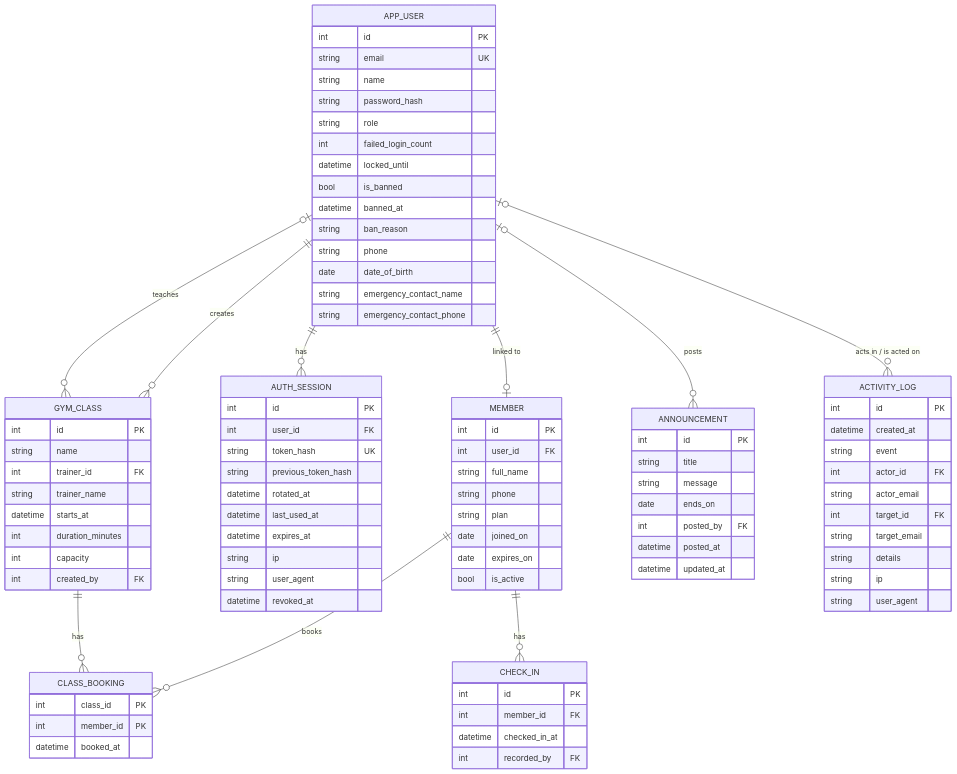
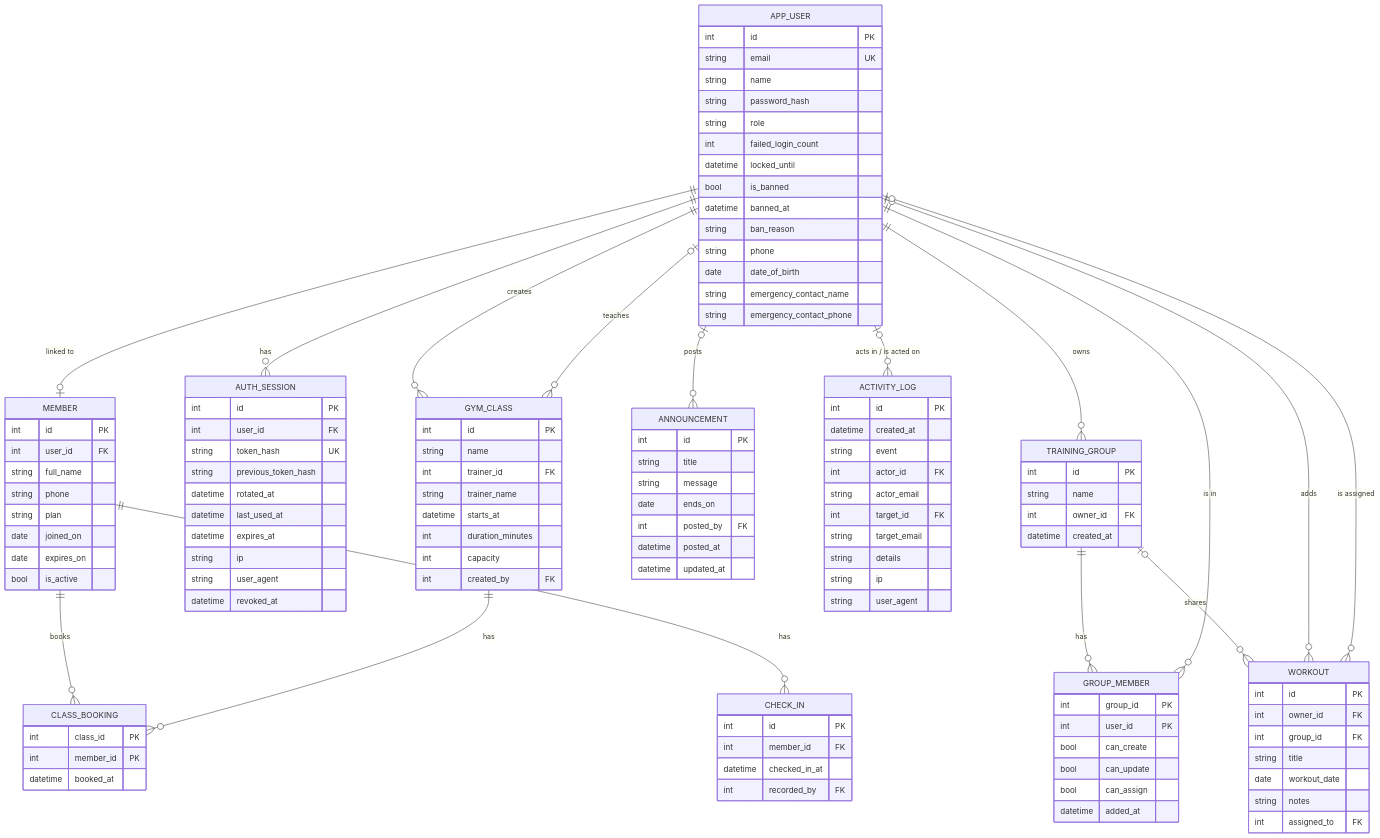
Before and after one commit to TanvirMahmudTushar/gym-buddy: the sixth of 7 diagrams in docs/03-tdd.md, drawn with Mermaid. The commit also changed other lines of this file and 9 other files, not shown here.

````diff
--- a/docs/03-tdd.md
+++ b/docs/03-tdd.md
@@ -380,6 +423,12 @@
     APP_USER |o--o{ GYM_CLASS : teaches
     APP_USER |o--o{ ANNOUNCEMENT : posts
     APP_USER |o--o{ ACTIVITY_LOG : "acts in / is acted on"
+    APP_USER ||--o{ TRAINING_GROUP : owns
+    TRAINING_GROUP ||--o{ GROUP_MEMBER : has
+    APP_USER ||--o{ GROUP_MEMBER : "is in"
+    TRAINING_GROUP |o--o{ WORKOUT : shares
+    APP_USER |o--o{ WORKOUT : adds
+    APP_USER |o--o{ WORKOUT : "is assigned"
     MEMBER ||--o{ CLASS_BOOKING : books
     GYM_CLASS ||--o{ CLASS_BOOKING : has
     MEMBER ||--o{ CHECK_IN : has
@@ -463,4 +512,27 @@
         string ip
         string user_agent
     }
+    TRAINING_GROUP {
+        int id PK
+        string name
+        int owner_id FK
+        datetime created_at
+    }
+    GROUP_MEMBER {
+        int group_id PK
+        int user_id PK
+        bool can_create
+        bool can_update
+        bool can_assign
+        datetime added_at
+    }
+    WORKOUT {
+        int id PK
+        int owner_id FK
+        int group_id FK
+        string title
+        date workout_date
+        string notes
+        int assigned_to FK
+    }
 ```
````
